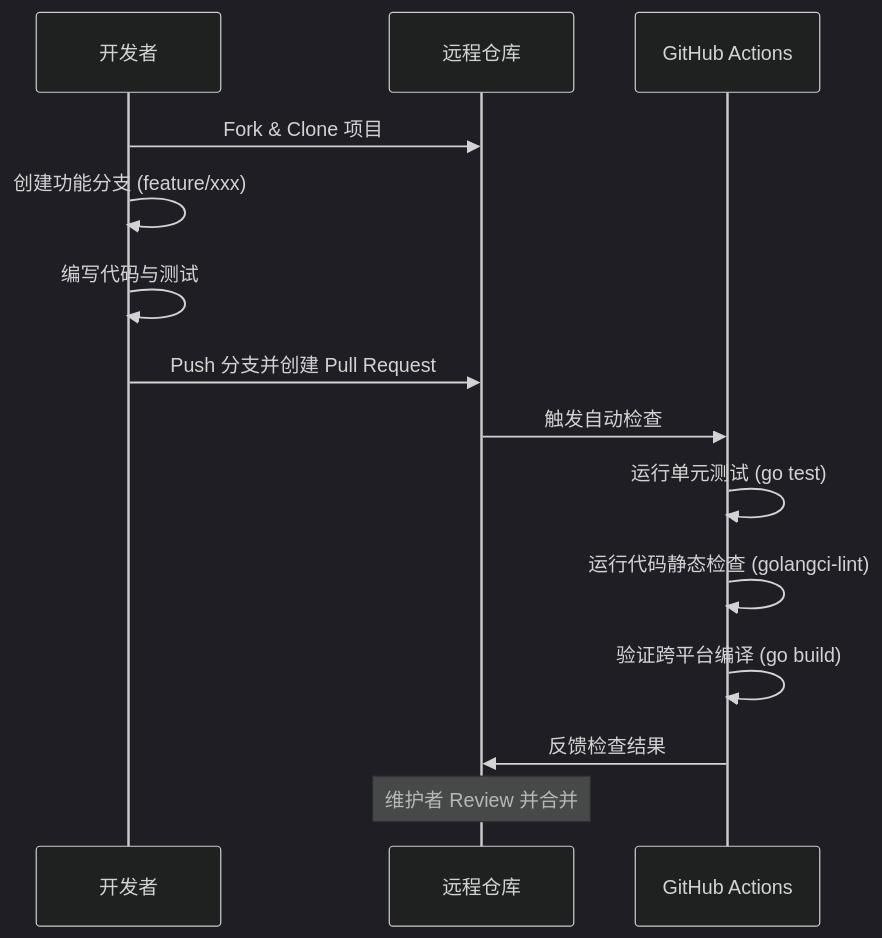
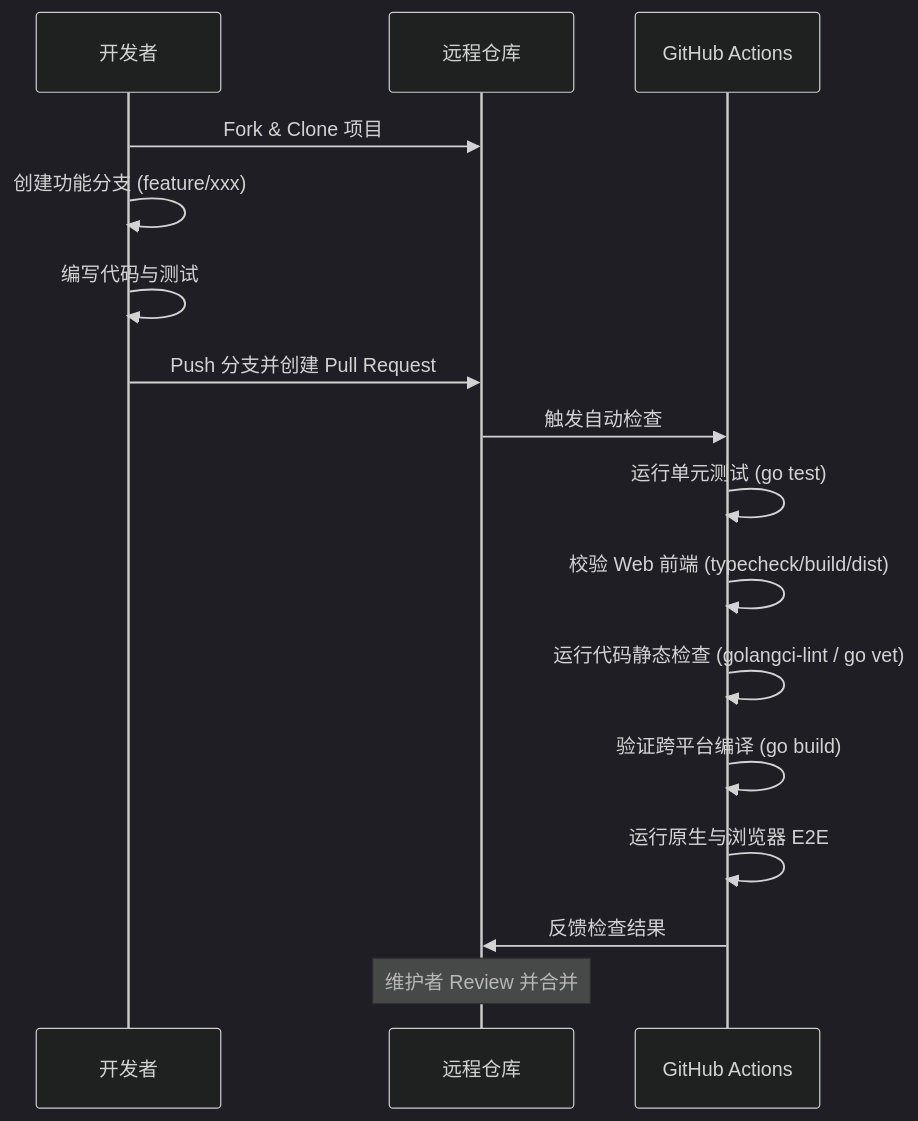
Before and after one commit to fuzzbuster/slider: the fifth of 6 diagrams in .trae/deepwiki/开发指南与贡献流程.md, drawn with Mermaid (dark theme). The commit also changed other lines of this file and 17 other files, not shown here.

````diff
--- a/.trae/deepwiki/开发指南与贡献流程.md
+++ b/.trae/deepwiki/开发指南与贡献流程.md
@@ -205,17 +231,19 @@
 ```mermaid
 sequenceDiagram
     participant Dev as 开发者
     participant Repo as 远程仓库
     participant CI as GitHub Actions
 
     Dev->>Repo: Fork & Clone 项目
     Dev->>Dev: 创建功能分支 (feature/xxx)
     Dev->>Dev: 编写代码与测试
     Dev->>Repo: Push 分支并创建 Pull Request
     Repo->>CI: 触发自动检查
     CI->>CI: 运行单元测试 (go test)
-    CI->>CI: 运行代码静态检查 (golangci-lint)
+    CI->>CI: 校验 Web 前端 (typecheck/build/dist)
+    CI->>CI: 运行代码静态检查 (golangci-lint / go vet)
     CI->>CI: 验证跨平台编译 (go build)
+    CI->>CI: 运行原生与浏览器 E2E
     CI->>Repo: 反馈检查结果
     Note over Repo: 维护者 Review 并合并
 ```
````
